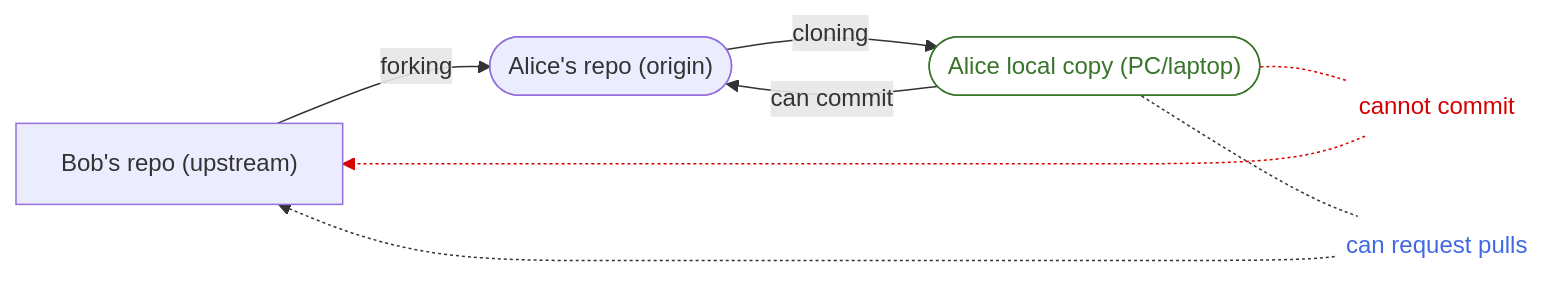
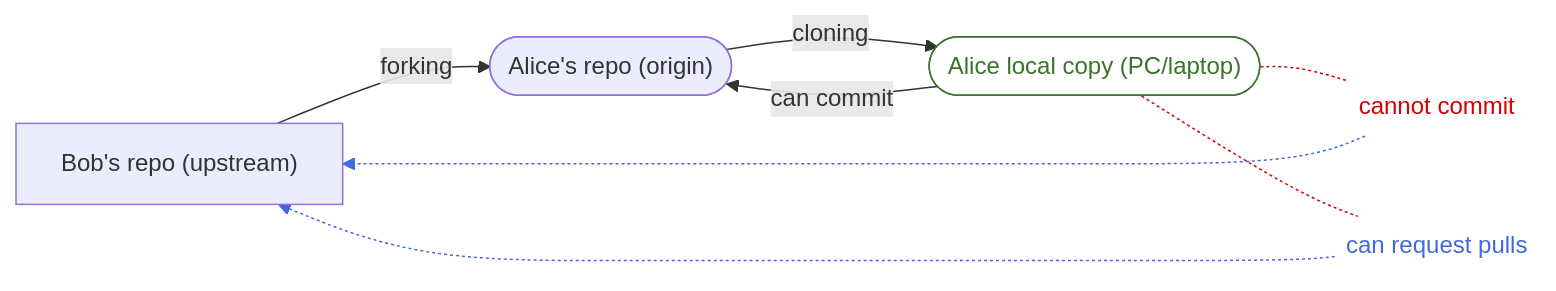
Before and after one commit to hpc2n/course-intro-git: the third of 3 diagrams in docs/remotes.md, drawn with Mermaid. The commit also changed other lines of this file, not shown here.

Commit message:
Trying to find the error in the mermaid diagram

````diff
--- a/docs/remotes.md
+++ b/docs/remotes.md
@@ -385,22 +385,24 @@
 ```mermaid
 graph LR
   bob["Bob's repo (upstream)"] 
   alicef(["Alice's repo (origin)"])
   alicel(["Alice local copy (PC/laptop)"]) 
   style alicel fill:#ffffff,stroke:#39742b,color:#39742b
 
   alicef --> |cloning| alicel
   alicel --> |can commit| alicef
   bob --> |forking| alicef
   alicel -.- n1["cannot commit"]
+  alicel -.- n2["can request pulls"]
   n1 -.-> bob
-  alicel -.- n2["can request pulls"]
   n2 -.-> bob 
 
   n1@{ shape: text}
   n2@{ shape: text}
   style n1 color:#D50000
   style n2 color:#4169E1
   linkStyle 3 stroke:#D50000,fill:none
   linkStyle 4 stroke:#D50000,fill:none
+  linkStyle 5 stroke:#4169E1,fill:none
+  linkStyle 6 stroke:#4169E1,fill:none
 ```
````
